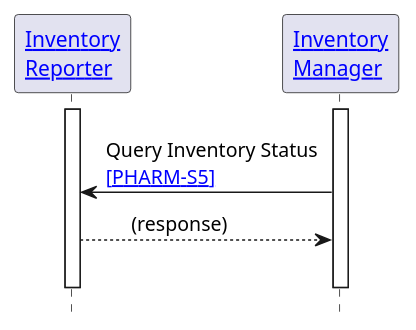
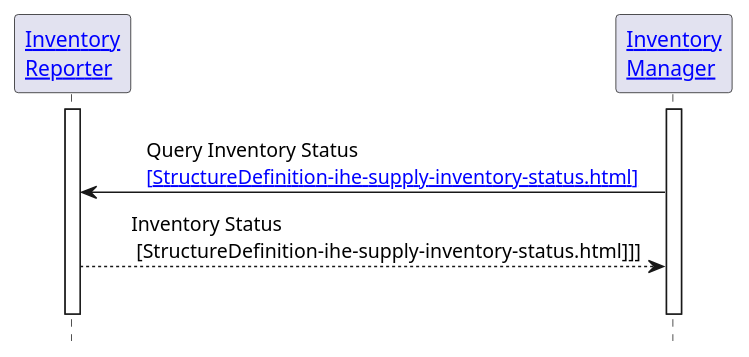
One commit to IHE/pharm-supply changed the diagram in input/images-source/pharm-s5.plantuml. Above: the diagram before and after it, drawn with PlantUML. The commit also changed 10 other files, not shown here.

```diff
--- a/input/images-source/pharm-s5.plantuml
+++ b/input/images-source/pharm-s5.plantuml
@@ -1,22 +1,22 @@
 @startuml
 
 hide footbox
 
 '!include ./style.iuml
 
 
 Participant "[[actors_and_transactions.html#inventory-reporter Inventory\nReporter]]" as IR
 Participant "[[actors_and_transactions.html#inventory-manager Inventory\nManager]]" as IM
 
 activate IR
 activate IM
 
 IR -[hidden]> IM
-IR <- IM: Query Inventory Status \n[[PHARM-S5.html {Inventory Query} ~[PHARM-S5~]]]
-IR --> IM: \t(response)\t
+IR <- IM: \tQuery Inventory Status \n\t[[PHARM-S5.html {Inventory Query} ~[StructureDefinition-ihe-supply-inventory-status.html~]]]
+IR --> IM: \tInventory Status\n\t ~[StructureDefinition-ihe-supply-inventory-status.html~]]]
 IR -[hidden]> IM :"  "
 
 deactivate IR
 deactivate IM
 
 @enduml
```
